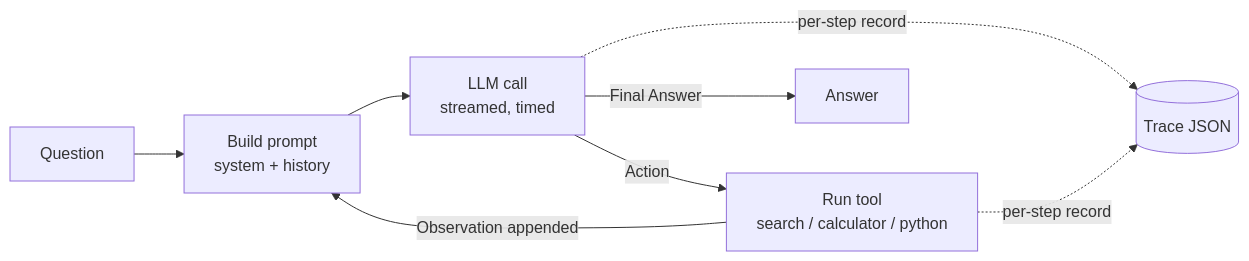
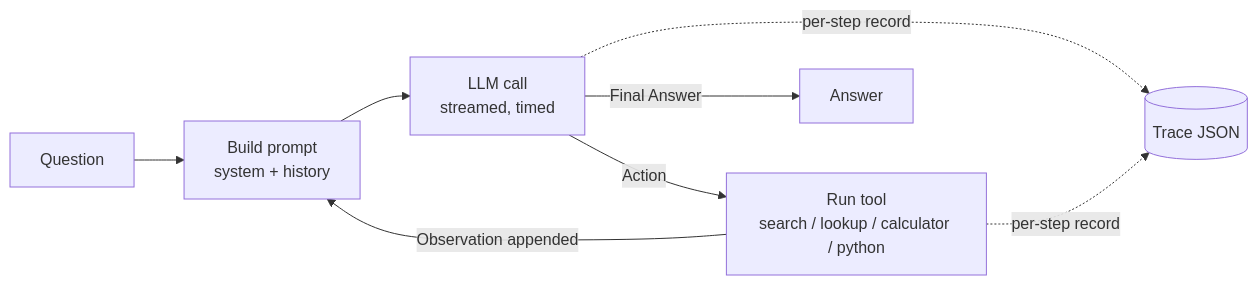
One commit to Carlos28042003/agent-profilling changed the diagram in README.md. Above: the diagram before and after it, drawn with Mermaid. The commit also changed other lines of this file and 57 other files, not shown here.

````diff
--- a/README.md
+++ b/README.md
@@ -89,10 +98,10 @@
 ```mermaid
 flowchart LR
     Q[Question] --> P[Build prompt<br/>system + history]
     P --> L[LLM call<br/>streamed, timed]
-    L -->|Action| T[Run tool<br/>search / calculator / python]
+    L -->|Action| T[Run tool<br/>search / lookup / calculator / python]
     T -->|Observation appended| P
     L -->|Final Answer| A[Answer]
     L -. per-step record .-> R[(Trace JSON)]
     T -. per-step record .-> R
 ```
````
